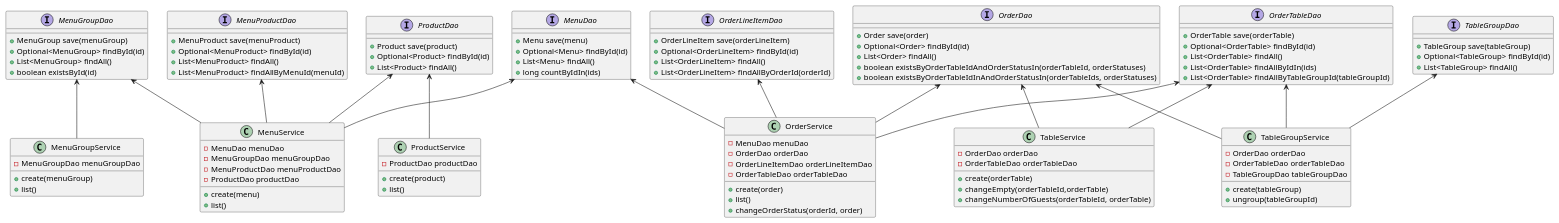
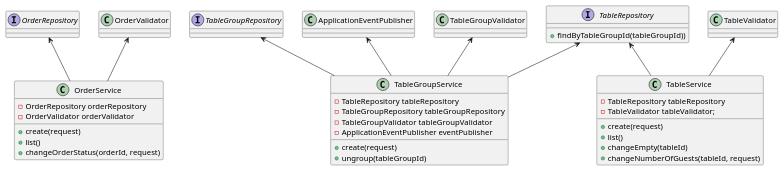
The second of 2 diagrams in plantuml/service-diagram.puml (next-step/jwp-refactoring), drawn with PlantUML before and after one commit. The commit also changed 5 other files, not shown here.

Commit message:
docs : 연관 관계 다이어그램 수정

```diff
--- a/plantuml/service-diagram.puml
+++ b/plantuml/service-diagram.puml
@@ -1,136 +45,51 @@
 @startuml
+OrderRepository <-- OrderService
+OrderValidator <-- OrderService
 
-MenuGroupDao <-- MenuGroupService
+TableRepository <-- TableGroupService
+TableGroupRepository <-- TableGroupService
+ApplicationEventPublisher <-- TableGroupService
+TableGroupValidator <-- TableGroupService
 
-MenuDao <-- MenuService
-MenuGroupDao <-- MenuService
-MenuProductDao <-- MenuService
-ProductDao <-- MenuService
-
-ProductDao <-- ProductService
-
-MenuDao <-- OrderService
-OrderDao <-- OrderService
-OrderLineItemDao <-- OrderService
-OrderTableDao <-- OrderService
-
-OrderDao <-- TableGroupService
-OrderTableDao <-- TableGroupService
-TableGroupDao <-- TableGroupService
-
-
-OrderDao <-- TableService
-OrderTableDao <-- TableService
-
-
-class MenuGroupService {
-    - MenuGroupDao menuGroupDao
-
-    + create(menuGroup)
-    + list()
-}
-
-class MenuService {
-    - MenuDao menuDao
-    - MenuGroupDao menuGroupDao
-    - MenuProductDao menuProductDao
-    - ProductDao productDao
-
-    + create(menu)
-    + list()
-}
-
-class ProductService {
-    - ProductDao productDao
-
-    + create(product)
-    + list()
-}
+TableRepository <-- TableService
+TableValidator <-- TableService
 
 class OrderService {
-    - MenuDao menuDao
-    - OrderDao orderDao
-    - OrderLineItemDao orderLineItemDao
-    - OrderTableDao orderTableDao
+    - OrderRepository orderRepository
+    - OrderValidator orderValidator
 
-    + create(order)
+    + create(request)
     + list()
-    + changeOrderStatus(orderId, order)
+    + changeOrderStatus(orderId, request)
 }
 
 class TableGroupService {
-    - OrderDao orderDao
-    - OrderTableDao orderTableDao
-    - TableGroupDao tableGroupDao
+    - TableRepository tableRepository
+    - TableGroupRepository tableGroupRepository
+    - TableGroupValidator tableGroupValidator
+    - ApplicationEventPublisher eventPublisher
 
-    + create(tableGroup)
+    + create(request)
     + ungroup(tableGroupId)
 }
 
 class TableService {
-    - OrderDao orderDao
-    - OrderTableDao orderTableDao
+    - TableRepository tableRepository
+    - TableValidator tableValidator;
 
-    + create(orderTable)
-    + changeEmpty(orderTableId,orderTable)
-    + changeNumberOfGuests(orderTableId, orderTable)
+    + create(request)
+    + list()
+    + changeEmpty(tableId)
+    + changeNumberOfGuests(tableId, request)
 }
 
-
-interface MenuGroupDao {
-    + MenuGroup save(menuGroup)
-    + Optional<MenuGroup> findById(id)
-    + List<MenuGroup> findAll()
-    + boolean existsById(id)
+interface OrderRepository {
 }
 
-interface MenuDao {
-    + Menu save(menu)
-    + Optional<Menu> findById(id)
-    + List<Menu> findAll()
-    + long countByIdIn(ids)
+interface TableRepository {
+    + findByTableGroupId(tableGroupId))
 }
 
-interface MenuProductDao {
-    + MenuProduct save(menuProduct)
-    + Optional<MenuProduct> findById(id)
-    + List<MenuProduct> findAll()
-    + List<MenuProduct> findAllByMenuId(menuId)
+interface TableGroupRepository {
 }
-
-interface ProductDao {
-    + Product save(product)
-    + Optional<Product> findById(id)
-    + List<Product> findAll()
-}
-
-interface OrderDao {
-    + Order save(order)
-    + Optional<Order> findById(id)
-    + List<Order> findAll()
-    + boolean existsByOrderTableIdAndOrderStatusIn(orderTableId, orderStatuses)
-    + boolean existsByOrderTableIdInAndOrderStatusIn(orderTableIds, orderStatuses)
-}
-
-interface OrderLineItemDao {
-    + OrderLineItem save(orderLineItem)
-    + Optional<OrderLineItem> findById(id)
-    + List<OrderLineItem> findAll()
-    + List<OrderLineItem> findAllByOrderId(orderId)
-}
-
-interface OrderTableDao {
-    + OrderTable save(orderTable)
-    + Optional<OrderTable> findById(id)
-    + List<OrderTable> findAll()
-    + List<OrderTable> findAllByIdIn(ids)
-    + List<OrderTable> findAllByTableGroupId(tableGroupId)
-}
-
-interface TableGroupDao {
-    + TableGroup save(tableGroup)
-    + Optional<TableGroup> findById(id)
-    + List<TableGroup> findAll()
-}
-
 @enduml
```
